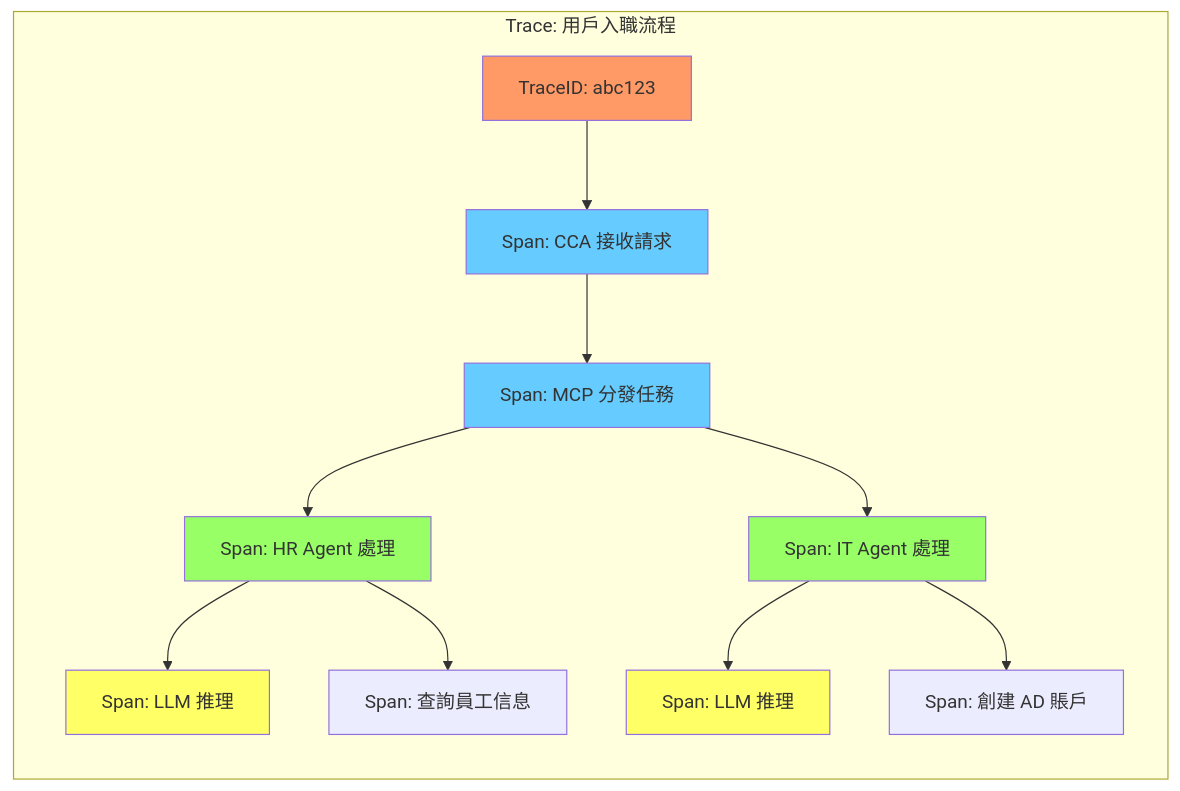
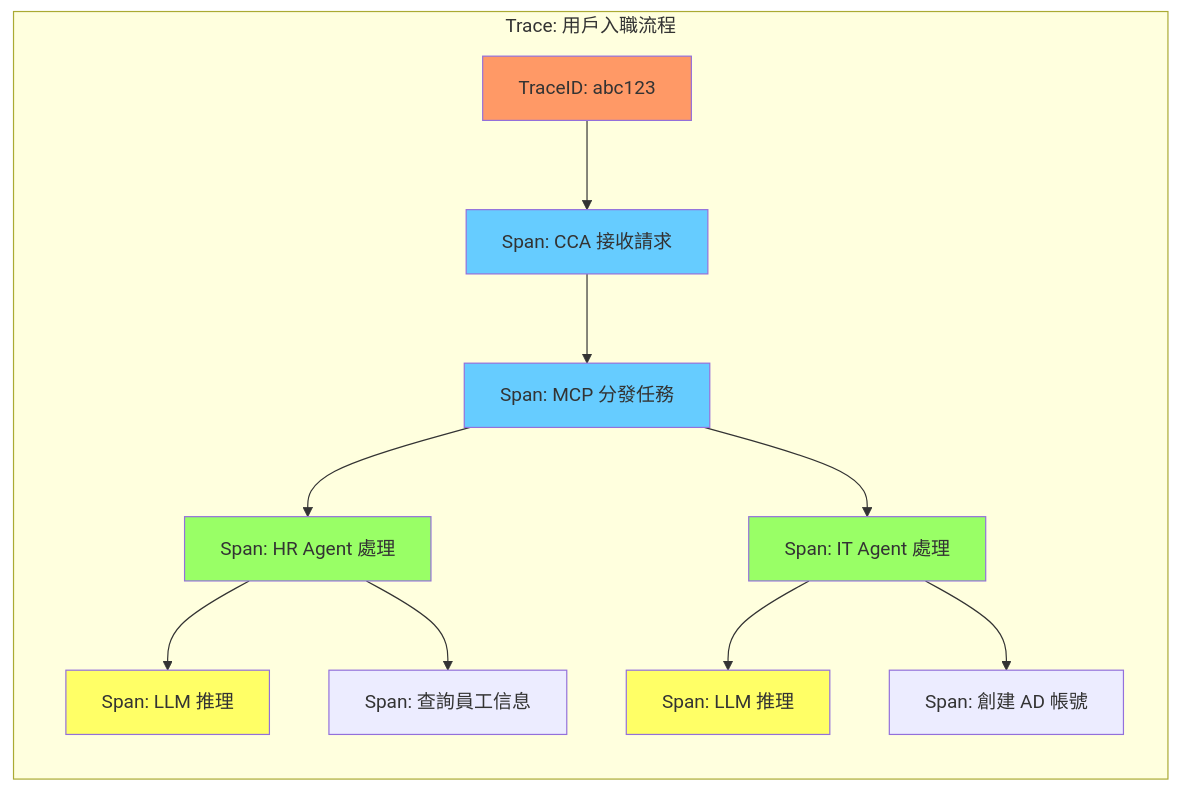
One commit to ponian/aiebok changed the second of 2 diagrams in book/chapter-09.md. Above: the diagram before and after it, drawn with Mermaid. The commit also changed 9 other files, not shown here.

````diff
--- a/book/chapter-09.md
+++ b/book/chapter-09.md
@@ -1442,21 +1442,21 @@
 ```mermaid
 graph LR
     subgraph "Trace: 用戶入職流程"
         A["TraceID: abc123"] --> B["Span: CCA 接收請求"]
         B --> C["Span: MCP 分發任務"]
         C --> D["Span: HR Agent 處理"]
         C --> E["Span: IT Agent 處理"]
         D --> F["Span: LLM 推理"]
         D --> G["Span: 查詢員工信息"]
         E --> H["Span: LLM 推理"]
-        E --> I["Span: 創建 AD 賬戶"]
+        E --> I["Span: 創建 AD 帳號"]
     end
 
     style A fill:#f96
     style B fill:#6cf
     style C fill:#6cf
     style D fill:#9f6
     style E fill:#9f6
     style F fill:#ff6
     style H fill:#ff6
 ```
````
